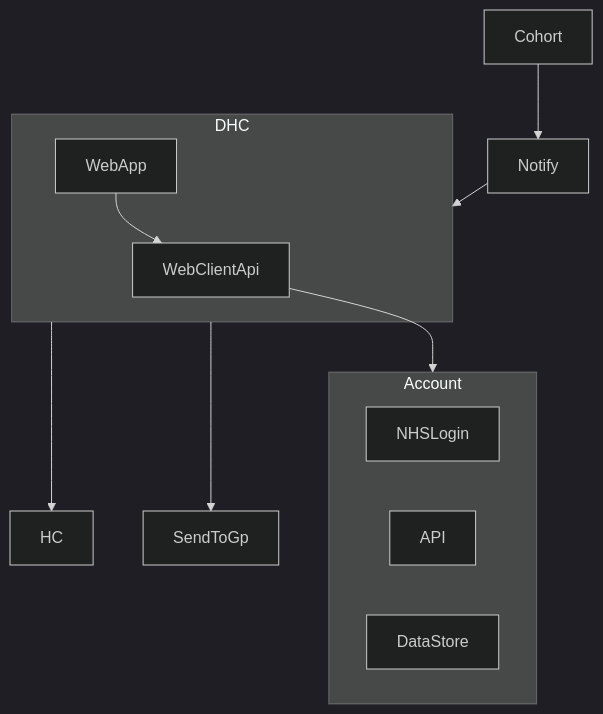
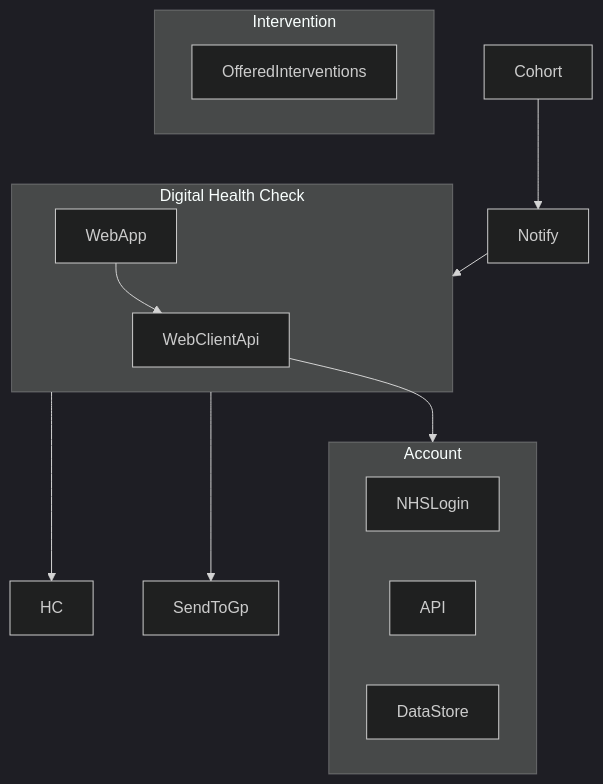
The first of 3 diagrams in docs/digital-health-check/architecture/data.md (nhsexperience/nhs-experience), drawn with Mermaid (dark theme) before and after one commit. The commit also changed 4 other files, not shown here.

````diff
--- a/docs/digital-health-check/architecture/data.md
+++ b/docs/digital-health-check/architecture/data.md
@@ -21,21 +21,24 @@
 ```mermaid!
 flowchart TB
     linkStyle default interpolate basis
     Cohort --> Notify
     Notify --> DHC
     DHC --> HC
     DHC --> SendToGp
     WebClientApi --> Account
 
-    subgraph DHC
+    subgraph DHC[Digital Health Check]
     WebApp -->WebClientApi
     
     end
 
     subgraph Account
     NHSLogin
     API
     DataStore
+    end
 
+    subgraph Intervention
+    OfferedInterventions
     end
 ```
````
